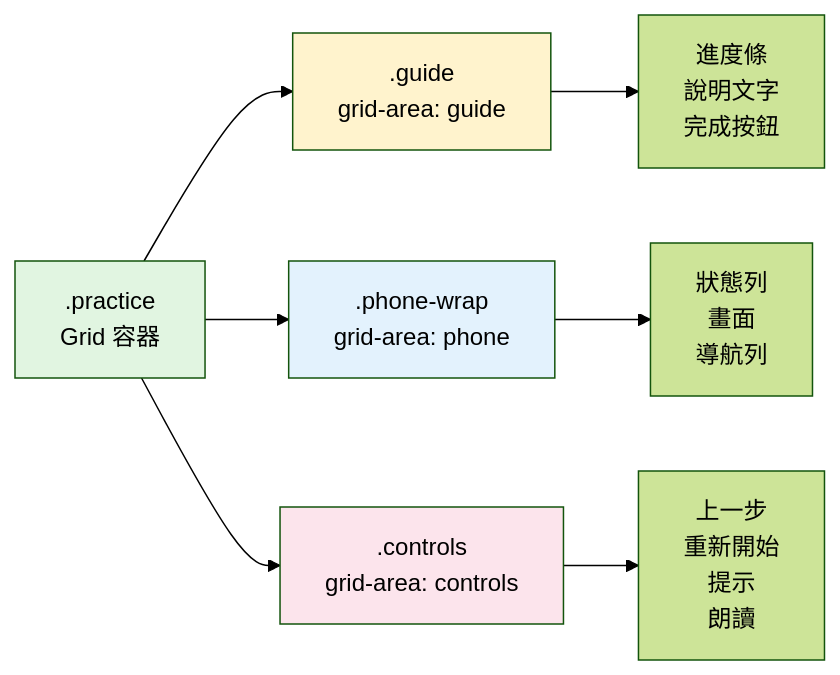
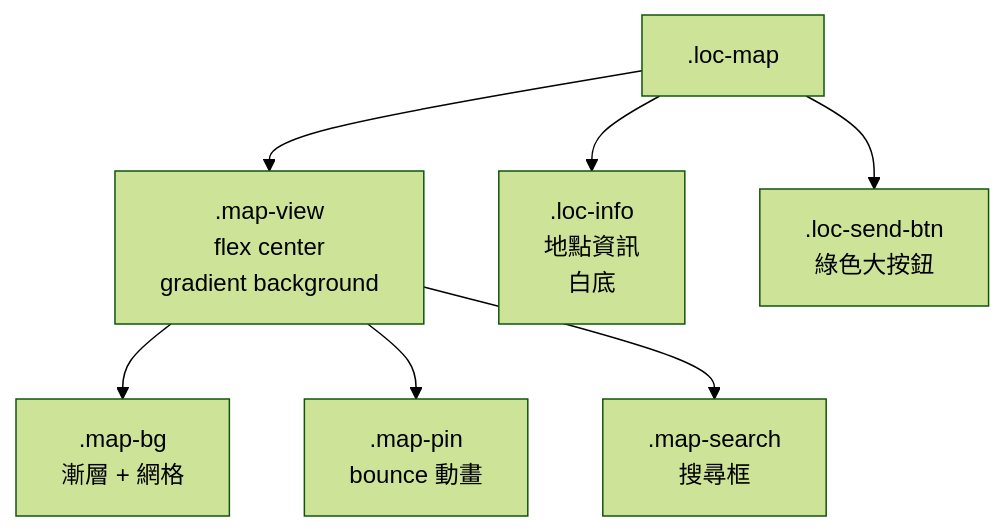
Diagram 15 of 19 in style.md (cuteman0725/phone-practice), drawn with Mermaid (forest theme) before and after one commit. The commit also changed other lines of this file and 8 other files, not shown here.

````diff
--- a/style.md
+++ b/style.md
@@ -173,17 +322,12 @@
 ```mermaid
-graph LR
-    PracticeLayout[.practice<br/>Grid 容器]
+graph TB
+    LocMap[.loc-map]
     
-    PracticeLayout --> Guide[.guide<br/>grid-area: guide]
-    PracticeLayout --> Phone[.phone-wrap<br/>grid-area: phone]
-    PracticeLayout --> Controls[.controls<br/>grid-area: controls]
+    LocMap --> MapView[.map-view<br/>flex center<br/>gradient background]
+    LocMap --> LocInfo[.loc-info<br/>地點資訊<br/>白底]
+    LocMap --> SendBtn[.loc-send-btn<br/>綠色大按鈕]
     
-    Guide --> GuideContent["進度條<br/>說明文字<br/>完成按鈕"]
-    Phone --> PhoneContent["狀態列<br/>畫面<br/>導航列"]
-    Controls --> ControlsContent["上一步<br/>重新開始<br/>提示<br/>朗讀"]
-    
-    style PracticeLayout fill:#e1f5e1
-    style Guide fill:#fff3cd
-    style Phone fill:#e3f2fd
-    style Controls fill:#fce4ec
+    MapView --> MapBG[.map-bg<br/>漸層 + 網格]
+    MapView --> MapPin[.map-pin<br/>bounce 動畫]
+    MapView --> MapSearch[.map-search<br/>搜尋框]
 ```
````
